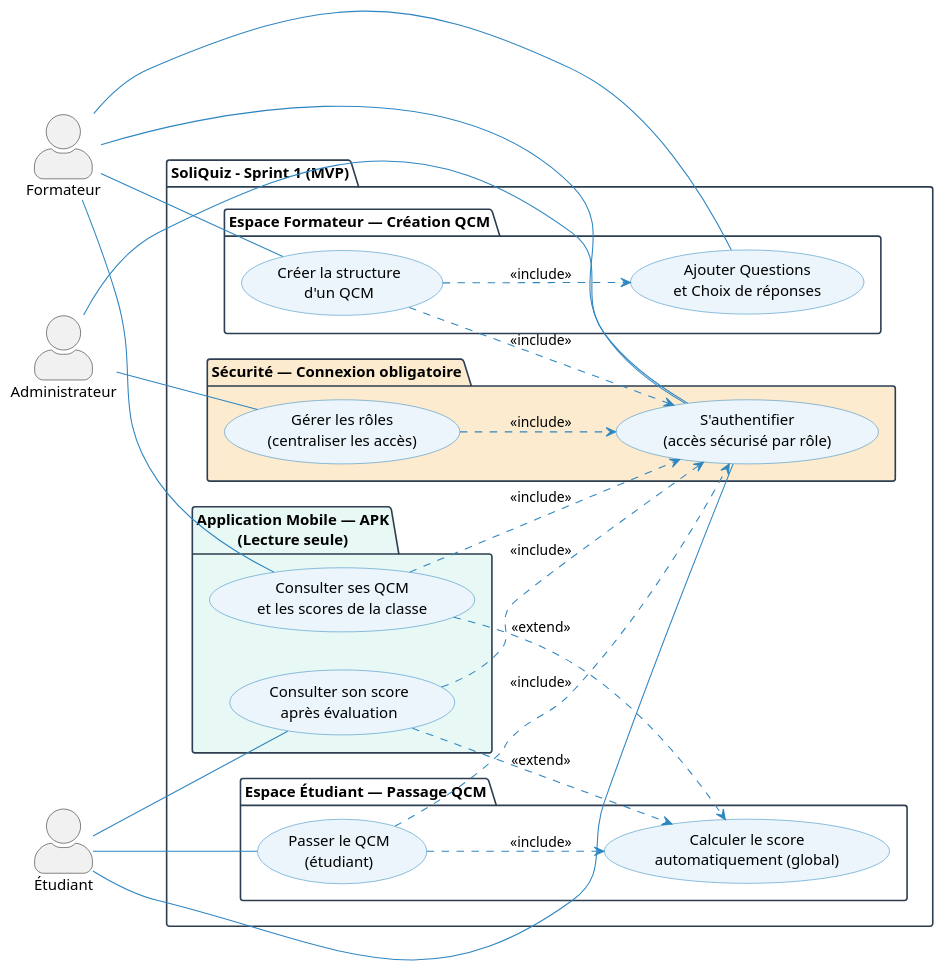
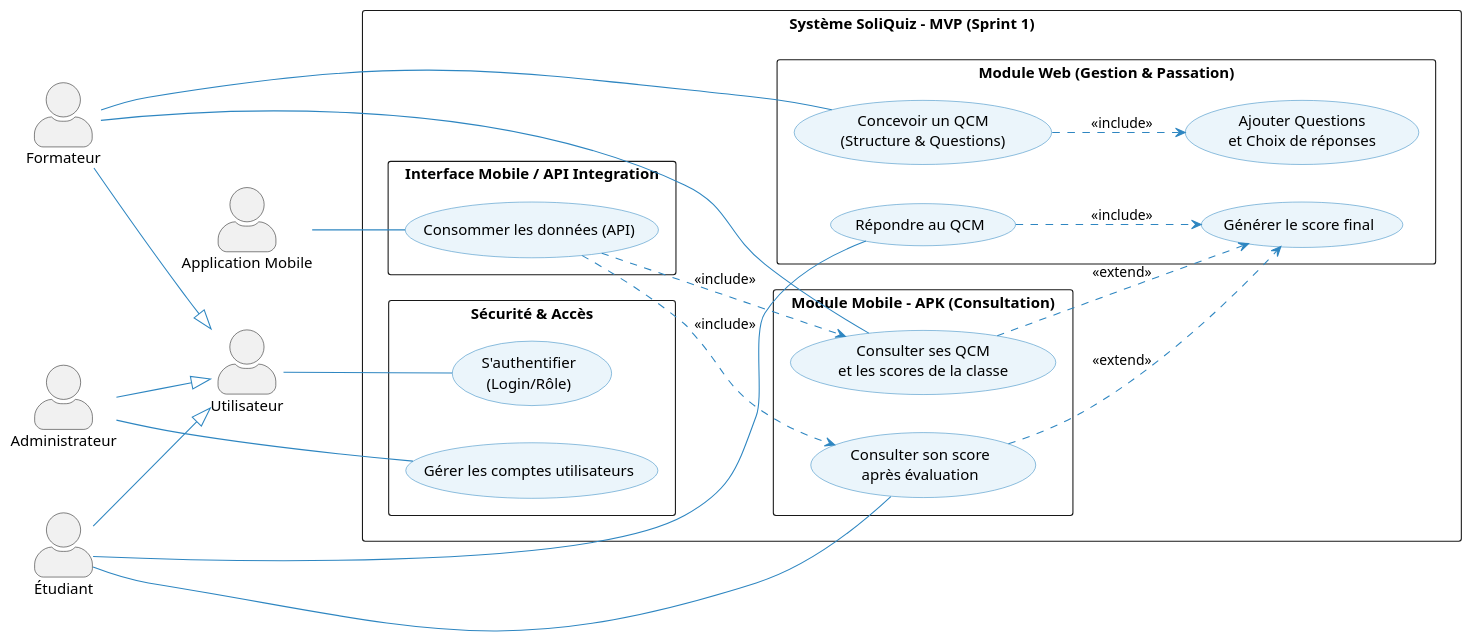
The diagram in Analyse/cas-utilisation/cas-utilisation-sprint-1-mvp.puml (BENYEKHLEF-Anouar/SoliQuiz), drawn with PlantUML before and after one commit. The commit also changed 83 other files, not shown here.

Commit message:
feat: Add comprehensive project documentation including report sections, analysis diagrams, UI mockups, and presentation assets.

```diff
--- a/Analyse/cas-utilisation/cas-utilisation-sprint-1-mvp.puml
+++ b/Analyse/cas-utilisation/cas-utilisation-sprint-1-mvp.puml
@@ -1,57 +1,91 @@
 @startuml
+
 skinparam actorStyle awesome
 left to right direction
-skinparam package {
-    BackgroundColor White
-    BorderColor #2C3E50
-}
+skinparam packageStyle rectangle
+
 skinparam usecase {
     BackgroundColor #EBF5FB
     BorderColor #2E86C1
     ArrowColor #2E86C1
 }
+
+' ==============================
+' ACTORS
+' ==============================
+actor "Utilisateur" as U
 actor "Administrateur" as A
 actor "Formateur" as F
 actor "Étudiant" as E
+actor "Application Mobile" as M
 
-package "SoliQuiz - Sprint 1 (MVP)" {
-    package "Sécurité — Connexion obligatoire" #FDEBD0 {
-        usecase "S'authentifier\n(accès sécurisé par rôle)" as UC1_5
-        usecase "Gérer les rôles\n(centraliser les accès)" as UC1_6
+A --|> U
+F --|> U
+E --|> U
+
+
+' ==============================
+' SYSTEM
+' ==============================
+package "Système SoliQuiz - MVP (Sprint 1)" {
+
+    package "Sécurité & Accès" {
+        usecase "S'authentifier\n(Login/Rôle)" as UC_AUTH
+        usecase "Gérer les comptes utilisateurs" as UC_USERS
     }
-    package "Espace Formateur — Création QCM" {
-        usecase "Créer la structure\nd'un QCM" as UC1_1
-        usecase "Ajouter Questions\net Choix de réponses" as UC1_2
+
+    package "Module Web (Gestion & Passation)" {
+        usecase "Concevoir un QCM\n(Structure & Questions)" as UC_CREATE
+        usecase "Ajouter Questions\net Choix de réponses" as UC_ANSWERS
+
+        usecase "Répondre au QCM" as UC_PLAY
+        usecase "Générer le score final" as UC_CALC
+
+        UC_CREATE ..> UC_ANSWERS : <<include>>
+        UC_PLAY ..> UC_CALC : <<include>>
     }
-    package "Espace Étudiant — Passage QCM" {
-        usecase "Passer le QCM\n(étudiant)" as UC1_3
-        usecase "Calculer le score\nautomatiquement (global)" as UC1_4
+
+    package "Module Mobile - APK (Consultation)" {
+        usecase "Consulter son score\naprès évaluation" as UC_MOB_E
+        usecase "Consulter ses QCM\net les scores de la classe" as UC_MOB_F
     }
-    package "Application Mobile — APK\n(Lecture seule)" #E8F8F5 {
-        usecase "Consulter son score\naprès évaluation" as UC1_MOB_E
-        usecase "Consulter ses QCM\net les scores de la classe" as UC1_MOB_F
+
+    package "Interface Mobile / API Integration" {
+        usecase "Consommer les données (API)" as UC_API
     }
+
 }
-' Acteurs vers Use Cases
-A -- UC1_5
-A -- UC1_6
-F -- UC1_5
-F -- UC1_1
-F -- UC1_2
-F -- UC1_MOB_F
-E -- UC1_5
-E -- UC1_3
-E -- UC1_MOB_E
-' Relations logiques
-UC1_1 ..> UC1_2 : <<include>>
-UC1_3 ..> UC1_4 : <<include>>
-UC1_6 ..> UC1_5 : <<include>>
-' Sécurité comme prérequis
-UC1_1 ..> UC1_5 : <<include>>
-UC1_3 ..> UC1_5 : <<include>>
-' APK — lecture seule
-UC1_MOB_E ..> UC1_5 : <<include>>
-UC1_MOB_E ..> UC1_4 : <<extend>>
-UC1_MOB_F ..> UC1_5 : <<include>>
-UC1_MOB_F ..> UC1_4 : <<extend>>
+
+' ==============================
+' ACTOR ASSOCIATIONS
+' ==============================
+
+U -- UC_AUTH
+
+A -- UC_USERS
+
+F -- UC_CREATE
+F -- UC_MOB_F
+
+E -- UC_PLAY
+E -- UC_MOB_E
+
+M -- UC_API
+
+
+' ==============================
+' MOBILE / API LOGIC
+' ==============================
+
+UC_API ..> UC_MOB_E : <<include>>
+UC_API ..> UC_MOB_F : <<include>>
+
+
+' ==============================
+' SCORE DEPENDENCIES
+' ==============================
+
+UC_MOB_E ..> UC_CALC : <<extend>>
+UC_MOB_F ..> UC_CALC : <<extend>>
+
 @enduml
```
